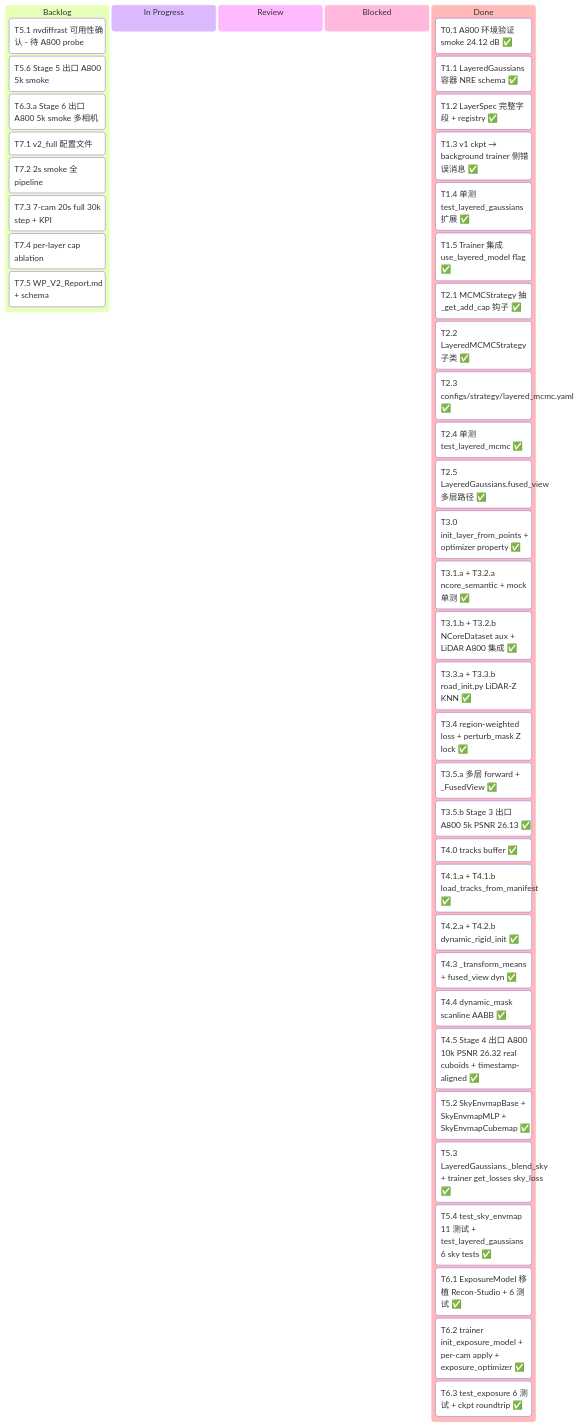
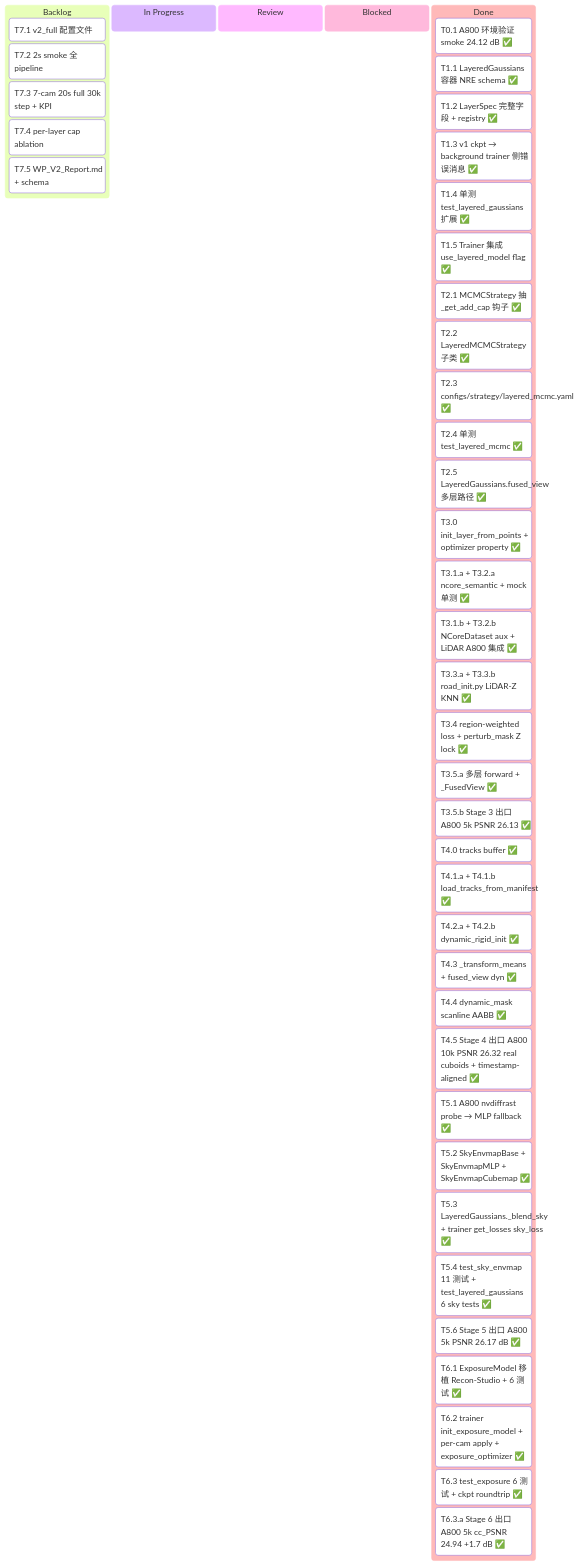
Before and after one commit to etendue/3dgrut: the first of 3 diagrams in v2_plan.md, drawn with Mermaid. The commit also changed other lines of this file and 1 other file, not shown here.

````diff
--- a/v2_plan.md
+++ b/v2_plan.md
@@ -39,46 +39,46 @@
 ```mermaid
 kanban
   Backlog
-    [T5.1 nvdiffrast 可用性确认 - 待 A800 probe]
-    [T5.6 Stage 5 出口 A800 5k smoke]
-    [T6.3.a Stage 6 出口 A800 5k smoke 多相机]
     [T7.1 v2_full 配置文件]
     [T7.2 2s smoke 全 pipeline]
     [T7.3 7-cam 20s full 30k step + KPI]
     [T7.4 per-layer cap ablation]
     [T7.5 WP_V2_Report.md + schema]
   In Progress
   Review
   Blocked
   Done
     [T0.1 A800 环境验证 smoke 24.12 dB ✅]
     [T1.1 LayeredGaussians 容器 NRE schema ✅]
     [T1.2 LayerSpec 完整字段 + registry ✅]
     [T1.3 v1 ckpt → background trainer 侧错误消息 ✅]
     [T1.4 单测 test_layered_gaussians 扩展 ✅]
     [T1.5 Trainer 集成 use_layered_model flag ✅]
     [T2.1 MCMCStrategy 抽 _get_add_cap 钩子 ✅]
     [T2.2 LayeredMCMCStrategy 子类 ✅]
     [T2.3 configs/strategy/layered_mcmc.yaml ✅]
     [T2.4 单测 test_layered_mcmc ✅]
     [T2.5 LayeredGaussians.fused_view 多层路径 ✅]
     [T3.0 init_layer_from_points + optimizer property ✅]
     [T3.1.a + T3.2.a ncore_semantic + mock 单测 ✅]
     [T3.1.b + T3.2.b NCoreDataset aux + LiDAR A800 集成 ✅]
     [T3.3.a + T3.3.b road_init.py LiDAR-Z KNN ✅]
     [T3.4 region-weighted loss + perturb_mask Z lock ✅]
     [T3.5.a 多层 forward + _FusedView ✅]
     [T3.5.b Stage 3 出口 A800 5k PSNR 26.13 ✅]
     [T4.0 tracks buffer ✅]
     [T4.1.a + T4.1.b load_tracks_from_manifest ✅]
     [T4.2.a + T4.2.b dynamic_rigid_init ✅]
     [T4.3 _transform_means + fused_view dyn ✅]
     [T4.4 dynamic_mask scanline AABB ✅]
     [T4.5 Stage 4 出口 A800 10k PSNR 26.32 real cuboids + timestamp-aligned ✅]
+    [T5.1 A800 nvdiffrast probe → MLP fallback ✅]
     [T5.2 SkyEnvmapBase + SkyEnvmapMLP + SkyEnvmapCubemap ✅]
     [T5.3 LayeredGaussians._blend_sky + trainer get_losses sky_loss ✅]
     [T5.4 test_sky_envmap 11 测试 + test_layered_gaussians 6 sky tests ✅]
+    [T5.6 Stage 5 出口 A800 5k PSNR 26.17 dB ✅]
     [T6.1 ExposureModel 移植 Recon-Studio + 6 测试 ✅]
     [T6.2 trainer init_exposure_model + per-cam apply + exposure_optimizer ✅]
     [T6.3 test_exposure 6 测试 + ckpt roundtrip ✅]
+    [T6.3.a Stage 6 出口 A800 5k cc_PSNR 24.94 +1.7 dB ✅]
 ```
````
